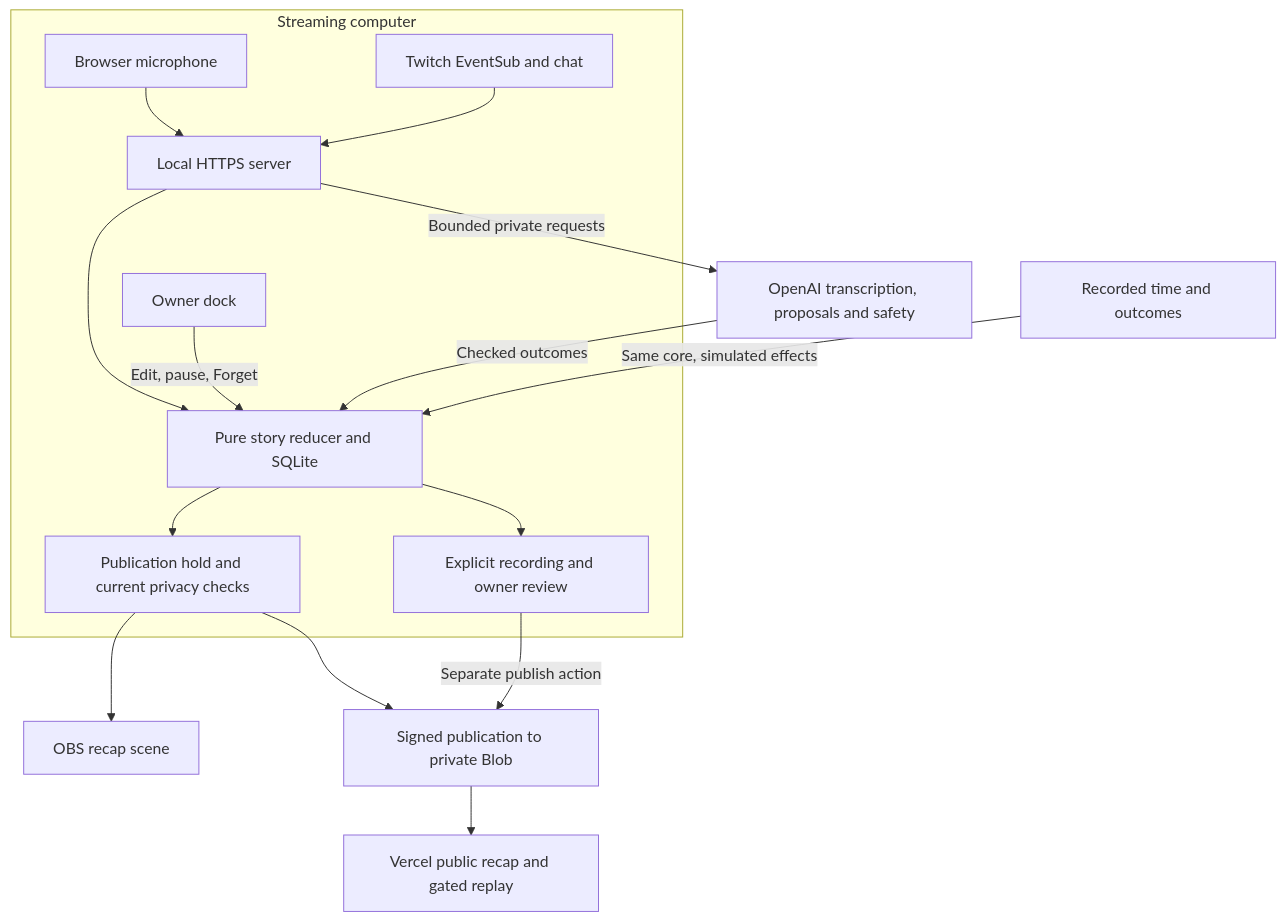
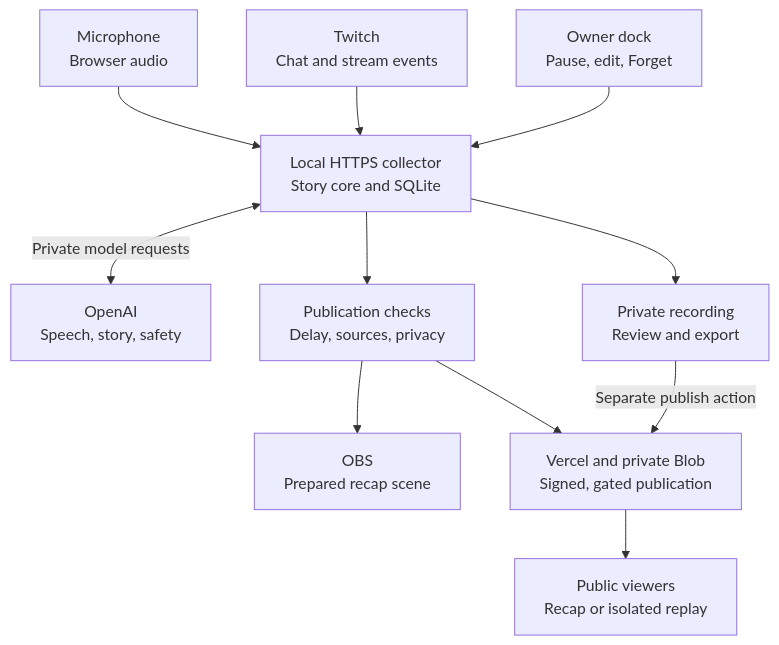
The diagram in README.md (DarinaX2005X/previously-codex-twitchcon-project), drawn with Mermaid before and after one commit. The commit also changed other lines of this file and 6 other files, not shown here.

````diff
--- a/README.md
+++ b/README.md
@@ -218,18 +226,14 @@
 ```mermaid
 flowchart TD
-  subgraph Computer[Streaming computer]
-    Mic[Browser microphone] --> Local[Local HTTPS server]
-    Twitch[Twitch EventSub and chat] --> Local
-    Local --> State[Pure story reducer and SQLite]
-    Dock[Owner dock] -->|Edit, pause, Forget| State
-    State --> Gate[Publication hold and current privacy checks]
-    State --> Capture[Explicit recording and owner review]
-  end
-  Local -->|Bounded private requests| OpenAI[OpenAI transcription, proposals and safety]
-  OpenAI -->|Checked outcomes| State
-  Gate --> OBS[OBS recap scene]
-  Gate --> Cloud[Signed publication to private Blob]
+  Mic["Microphone<br/>Browser audio"] --> Local
+  Twitch["Twitch<br/>Chat and stream events"] --> Local
+  Dock["Owner dock<br/>Pause, edit, Forget"] --> Local
+  Local["Local HTTPS collector<br/>Story core and SQLite"]
+  Local <-->|Private model requests| OpenAI["OpenAI<br/>Speech, story, safety"]
+  Local --> Gate["Publication checks<br/>Delay, sources, privacy"]
+  Local --> Capture["Private recording<br/>Review and export"]
+  Gate --> OBS["OBS<br/>Prepared recap scene"]
+  Gate --> Cloud["Vercel and private Blob<br/>Signed, gated publication"]
   Capture -->|Separate publish action| Cloud
-  Cloud --> Viewer[Vercel public recap and gated replay]
-  Replay[Recorded time and outcomes] -->|Same core, simulated effects| State
+  Cloud --> Viewer["Public viewers<br/>Recap or isolated replay"]
 ```
````
